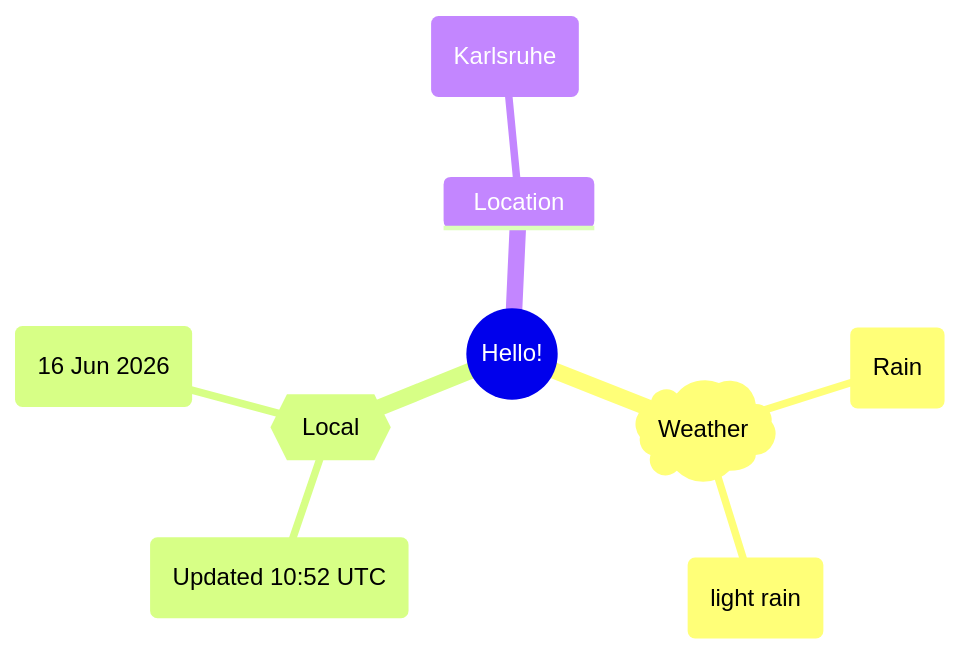
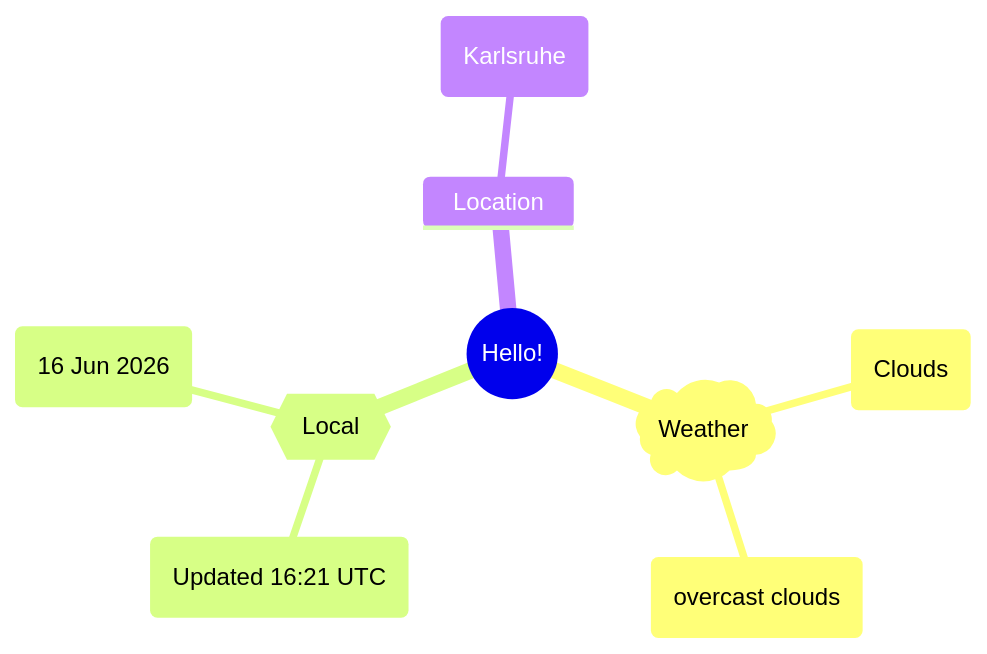
The first of 2 diagrams in README.md (Xosrov/Xosrov), drawn with Mermaid before and after one commit.

Commit message:
[bot] updated images

````diff
--- a/README.md
+++ b/README.md
@@ -3,12 +3,12 @@
 ```mermaid
 mindmap
   root((Hello!))
     )Weather(
-        (Rain)
-        (light rain)
+        (Clouds)
+        (overcast clouds)
     {{Local}}
-        (Updated 10:52 UTC)
+        (Updated 16:21 UTC)
         (16 Jun 2026)
     Location
         (Karlsruhe)
 ```
````
